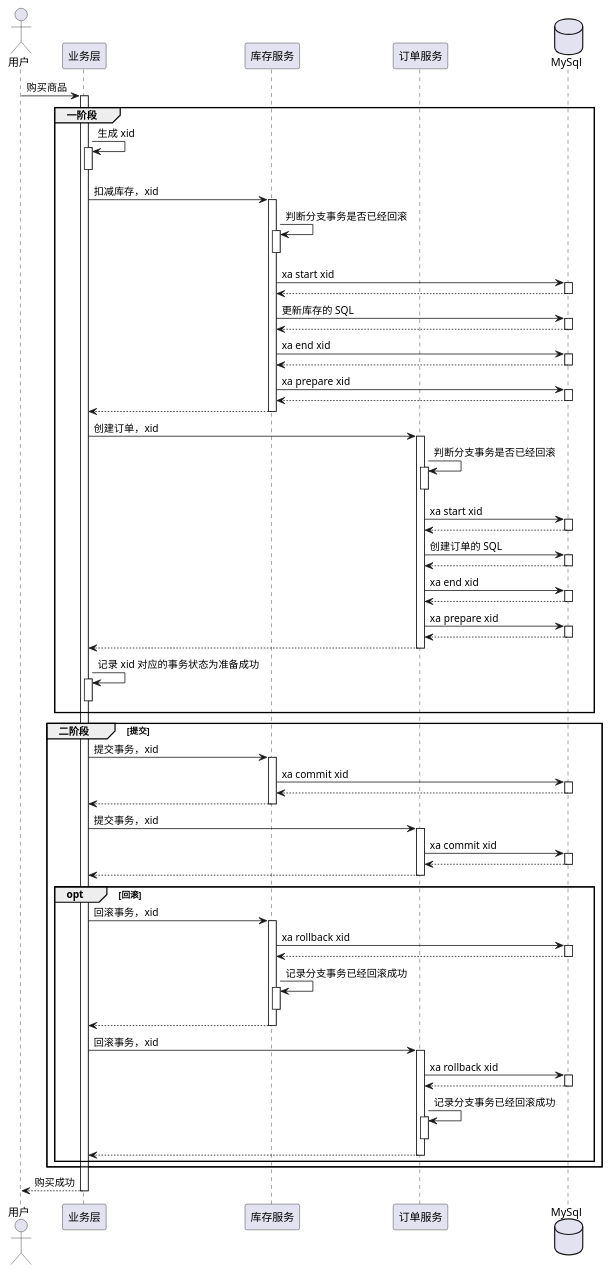
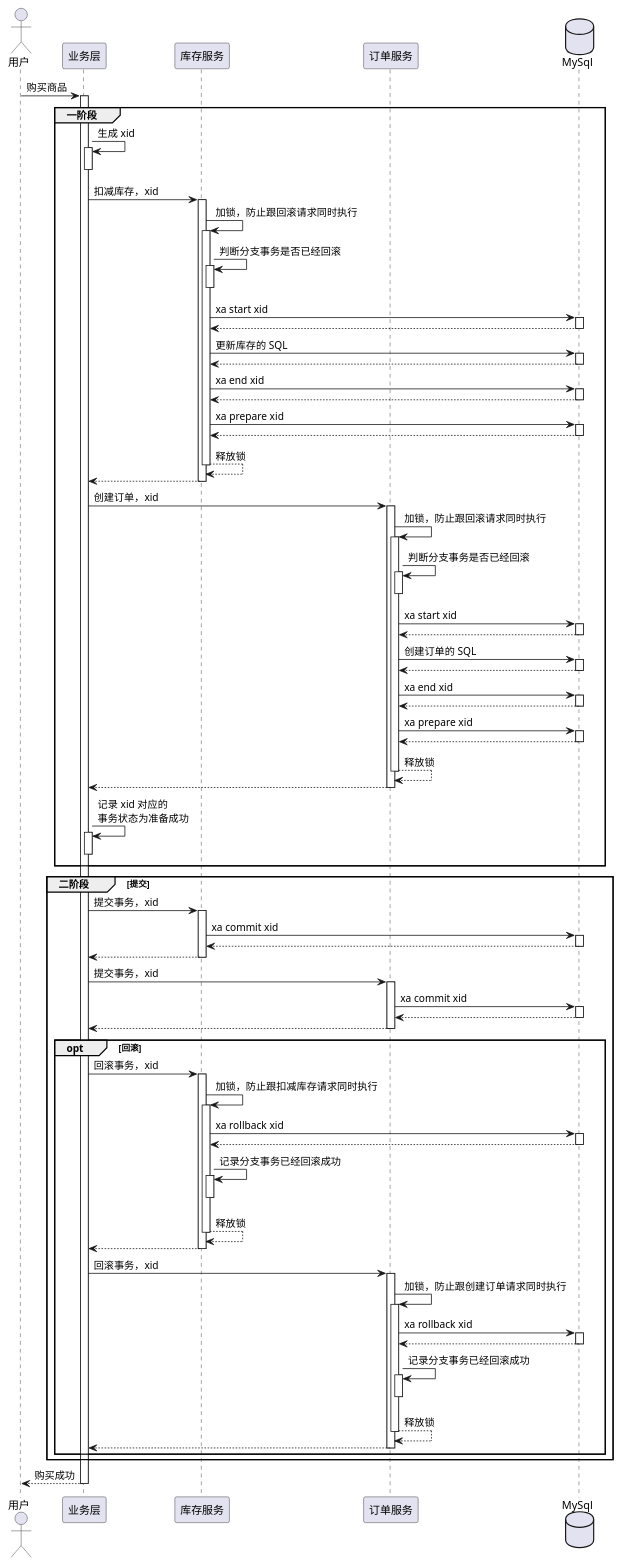
The diagram in assets/sketch/例子-xa.puml (wangshangming/wangshangming.github.io), drawn with PlantUML before and after one commit. The commit also changed 4 other files, not shown here.

```diff
--- a/assets/sketch/例子-xa.puml
+++ b/assets/sketch/例子-xa.puml
@@ -1,66 +1,74 @@
 @startuml
 autoactivate on
 
 actor 用户
 participant 业务层
 participant 库存服务
 participant 订单服务
 database MySql
 
 用户 -> 业务层: 购买商品
 
 group 一阶段
     业务层 -> 业务层 ++-- : 生成 xid
     业务层 -> 库存服务: 扣减库存，xid
-        库存服务 -> 库存服务 ++-- : 判断分支事务是否已经回滚
-        库存服务 -> MySql: xa start xid
-        return
-        库存服务 -> MySql: 更新库存的 SQL
-        return
-        库存服务 -> MySql: xa end xid
-        return
-        库存服务 -> MySql: xa prepare xid
-        return
+        库存服务 -> 库存服务 : 加锁，防止跟回滚请求同时执行
+            库存服务 -> 库存服务 ++-- : 判断分支事务是否已经回滚
+            库存服务 -> MySql: xa start xid
+            return
+            库存服务 -> MySql: 更新库存的 SQL
+            return
+            库存服务 -> MySql: xa end xid
+            return
+            库存服务 -> MySql: xa prepare xid
+            return
+        return 释放锁
     return
 
     业务层 -> 订单服务: 创建订单，xid
-        订单服务 -> 订单服务 ++-- : 判断分支事务是否已经回滚
-        订单服务 -> MySql: xa start xid
-        return
-        订单服务 -> MySql: 创建订单的 SQL
-        return
-        订单服务 -> MySql: xa end xid
-        return
-        订单服务 -> MySql: xa prepare xid
-        return
+        订单服务 -> 订单服务 : 加锁，防止跟回滚请求同时执行
+            订单服务 -> 订单服务 ++-- : 判断分支事务是否已经回滚
+            订单服务 -> MySql: xa start xid
+            return
+            订单服务 -> MySql: 创建订单的 SQL
+            return
+            订单服务 -> MySql: xa end xid
+            return
+            订单服务 -> MySql: xa prepare xid
+            return
+        return 释放锁
     return
-    业务层 -> 业务层 ++-- : 记录 xid 对应的事务状态为准备成功
+    业务层 -> 业务层 ++-- : 记录 xid 对应的\n事务状态为准备成功
 end
 
 group 二阶段 [提交]
     业务层 -> 库存服务: 提交事务，xid
         库存服务 -> MySql: xa commit xid
         return
     return
     业务层 -> 订单服务: 提交事务，xid
         订单服务 -> MySql: xa commit xid
         return
     return
 
     opt 回滚
         业务层 -> 库存服务: 回滚事务，xid
-            库存服务 -> MySql: xa rollback xid
-            return
-            库存服务 -> 库存服务 ++-- : 记录分支事务已经回滚成功
+            库存服务 -> 库存服务 : 加锁，防止跟扣减库存请求同时执行
+                库存服务 -> MySql: xa rollback xid
+                return
+                库存服务 -> 库存服务 ++-- : 记录分支事务已经回滚成功
+            return 释放锁
         return
         业务层 -> 订单服务: 回滚事务，xid
-            订单服务 -> MySql: xa rollback xid
-            return
-            订单服务 -> 订单服务 ++-- : 记录分支事务已经回滚成功
+            订单服务 -> 订单服务 : 加锁，防止跟创建订单请求同时执行
+                订单服务 -> MySql: xa rollback xid
+                return
+                订单服务 -> 订单服务 ++-- : 记录分支事务已经回滚成功
+            return 释放锁
         return
     end
 end
 
 return 购买成功
 
 @enduml
```
